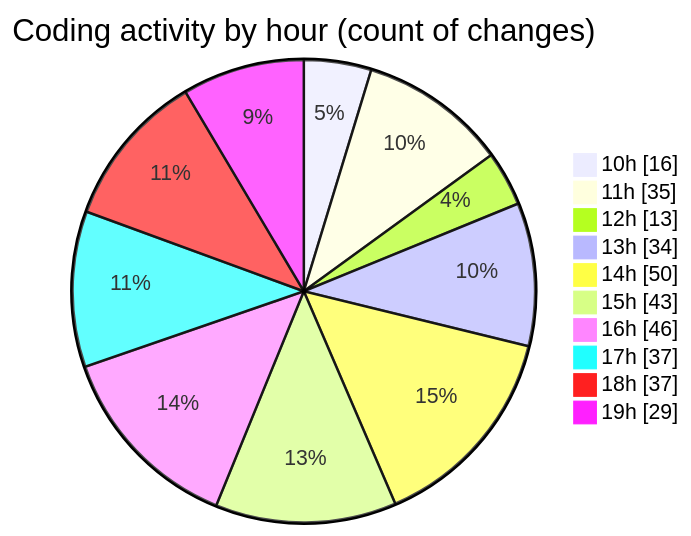
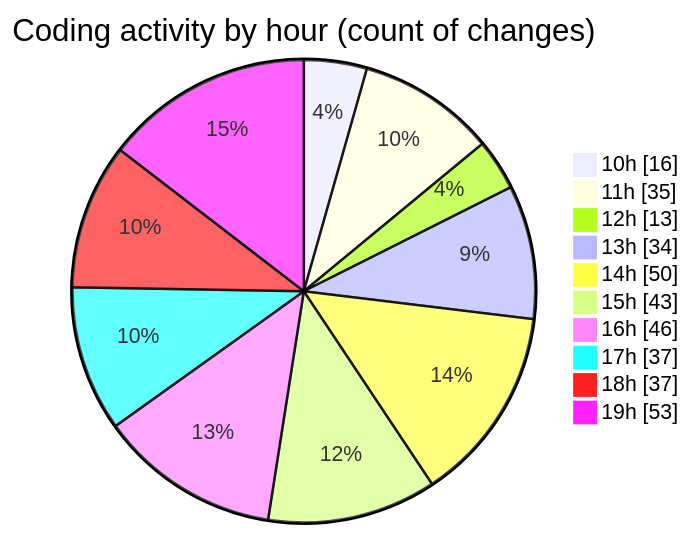
Before and after one commit to charlie-sans/code-tracking: the second of 2 diagrams in 2025-02-20/micros/README.md, drawn with Mermaid. The commit also changed other lines of this file and 1 other file, not shown here.

````diff
--- a/2025-02-20/micros/README.md
+++ b/2025-02-20/micros/README.md
@@ -83,14 +89,14 @@
 ```mermaid
 pie showData
 title Coding activity by hour (count of changes)
 "10h" : 16
 "11h" : 35
 "12h" : 13
 "13h" : 34
 "14h" : 50
 "15h" : 43
 "16h" : 46
 "17h" : 37
 "18h" : 37
-"19h" : 29
+"19h" : 53
 ```
````
